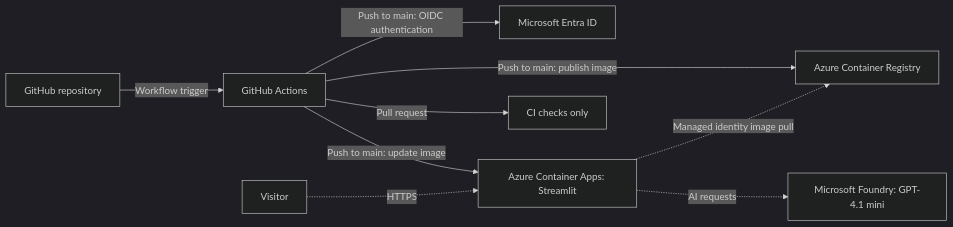
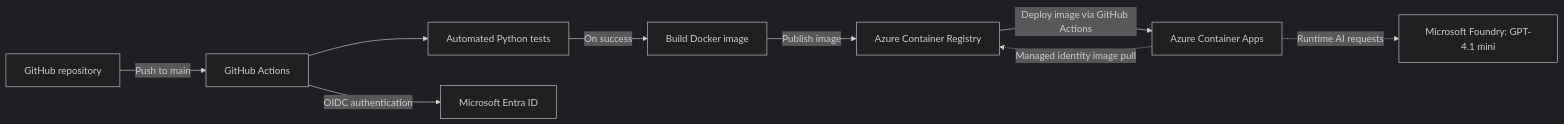
One commit to fredbouk/ticketroute changed the second of 2 diagrams in README.md. Above: the diagram before and after it, drawn with Mermaid (dark theme). The commit also changed other lines of this file and 1 other file, not shown here.

Commit message:
simplify ci-cd workflow

````diff
--- a/README.md
+++ b/README.md
@@ -67,11 +66,11 @@
 ```mermaid
 flowchart LR
-    G[GitHub repository] -->|Workflow trigger| C[GitHub Actions]
-    C -->|Push to main: OIDC authentication| E[Microsoft Entra ID]
-    C -->|Push to main: publish image| R[Azure Container Registry]
-    C -->|Push to main: update image| A["Azure Container Apps: Streamlit"]
-    C -->|Pull request| P[CI checks only]
+    G[GitHub repository] -->|Push to main| C[GitHub Actions]
+    C --> T[Automated Python tests]
+    T -->|On success| B[Build Docker image]
+    B -->|Publish image| R[Azure Container Registry]
+    R -->|Deploy image via GitHub Actions| A[Azure Container Apps]
+    C -->|OIDC authentication| E[Microsoft Entra ID]
     A -.->|Managed identity image pull| R
-    U[Visitor] -.->|HTTPS| A
-    A -.->|AI requests| F["Microsoft Foundry: GPT-4.1 mini"]
+    A -.->|Runtime AI requests| F["Microsoft Foundry: GPT-4.1 mini"]
 ```
````
